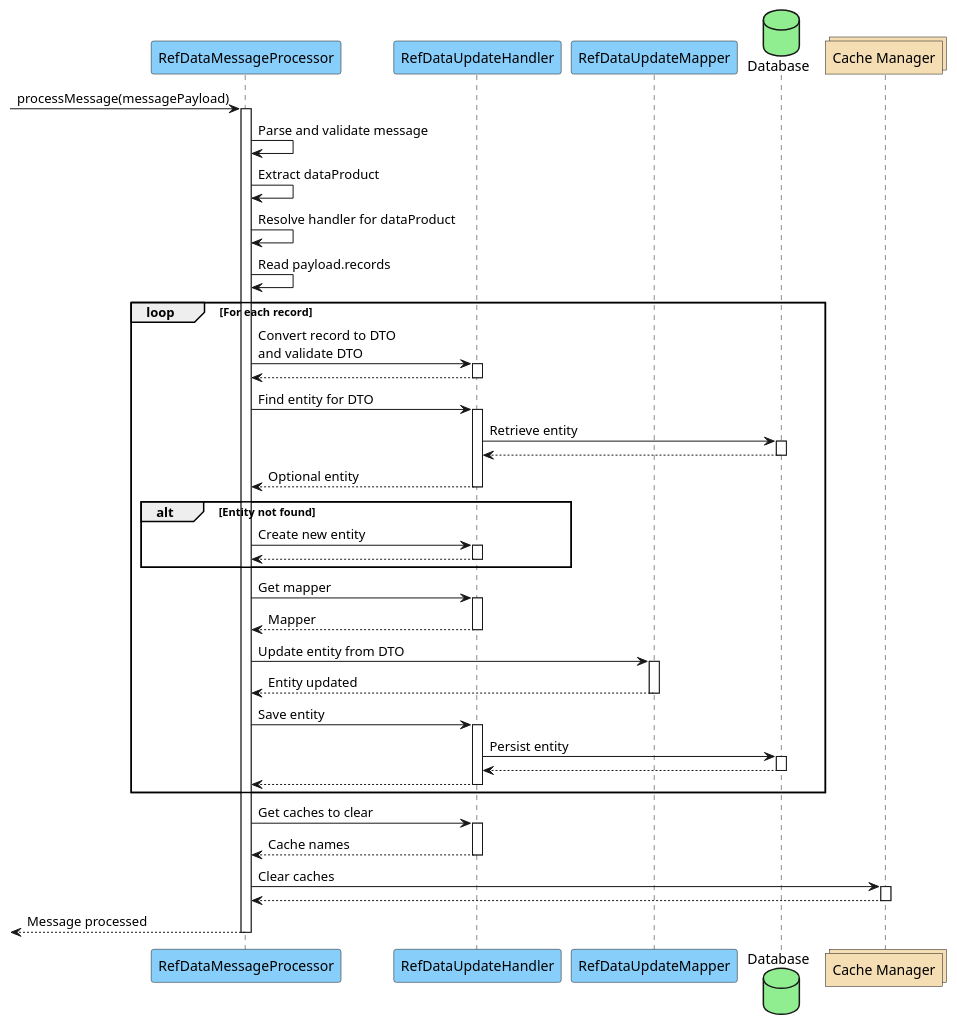
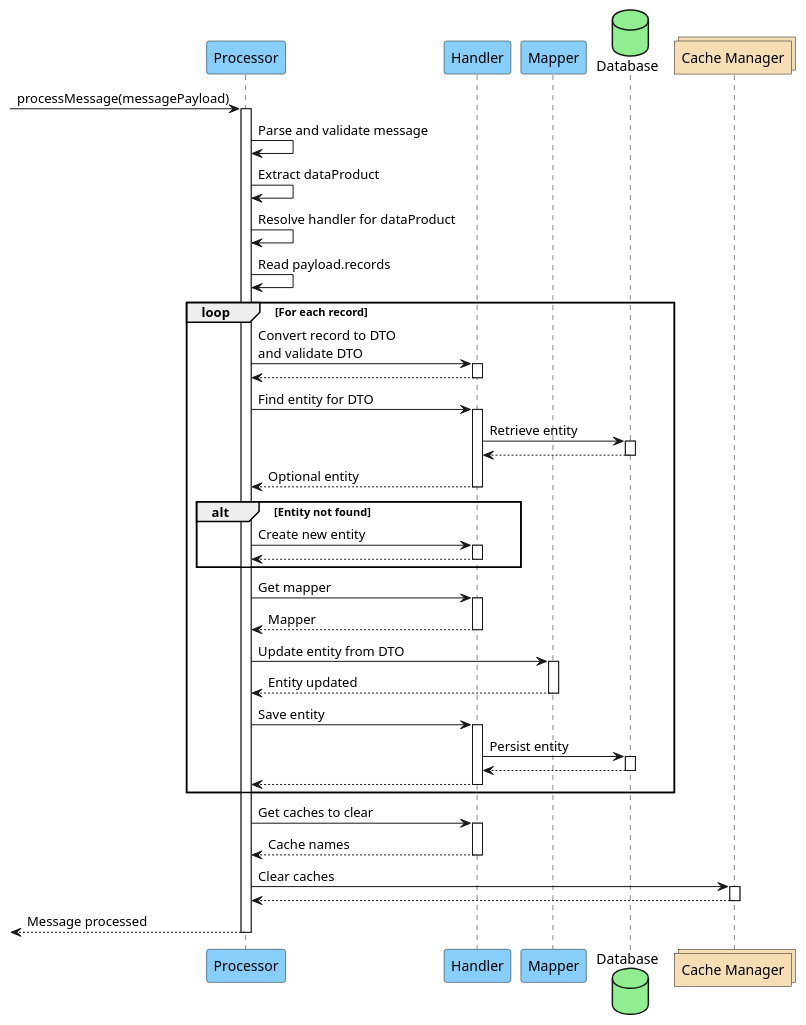
Before and after one commit to hmcts/opal-docs: the diagram in plantUML/reference-data/processor_handler.puml, drawn with PlantUML.

Commit message:
process handler 03

```diff
--- a/plantUML/reference-data/processor_handler.puml
+++ b/plantUML/reference-data/processor_handler.puml
@@ -1,52 +1,52 @@
 @startuml
-participant "RefDataMessageProcessor" as processor #lightskyblue
-participant "RefDataUpdateHandler" as handler #lightskyblue
-participant "RefDataUpdateMapper" as mapper #lightskyblue
+participant "Processor" as processor #lightskyblue
+participant "Handler" as handler #lightskyblue
+participant "Mapper" as mapper #lightskyblue
 database "Database" as db #lightgreen
 collections "Cache Manager" as cacheManager #wheat
 
 -> processor ++ : processMessage(messagePayload)
 
 processor -> processor : Parse and validate message
 processor -> processor : Extract dataProduct
 processor -> processor : Resolve handler for dataProduct
 
 processor -> processor : Read payload.records
 
 loop For each record
     processor -> handler ++ : Convert record to DTO\nand validate DTO
     handler --> processor --
 
     processor -> handler ++ : Find entity for DTO
     handler -> db ++ : Retrieve entity
     db --> handler --
     handler --> processor -- : Optional entity
 
     alt Entity not found
         processor -> handler ++ : Create new entity
         handler --> processor --
     end
 
     processor -> handler ++ : Get mapper
     handler --> processor -- : Mapper
 
     processor -> mapper ++ : Update entity from DTO
     mapper --> processor -- : Entity updated
 
     processor -> handler ++ : Save entity
     handler -> db ++ : Persist entity
     db --> handler --
     handler --> processor --
 end
 
 processor -> handler ++ : Get caches to clear
 handler --> processor -- : Cache names
 
 processor -> cacheManager ++ : Clear caches
 cacheManager --> processor --
 
 <-- processor : Message processed
 
 deactivate processor
 
 @enduml
```
